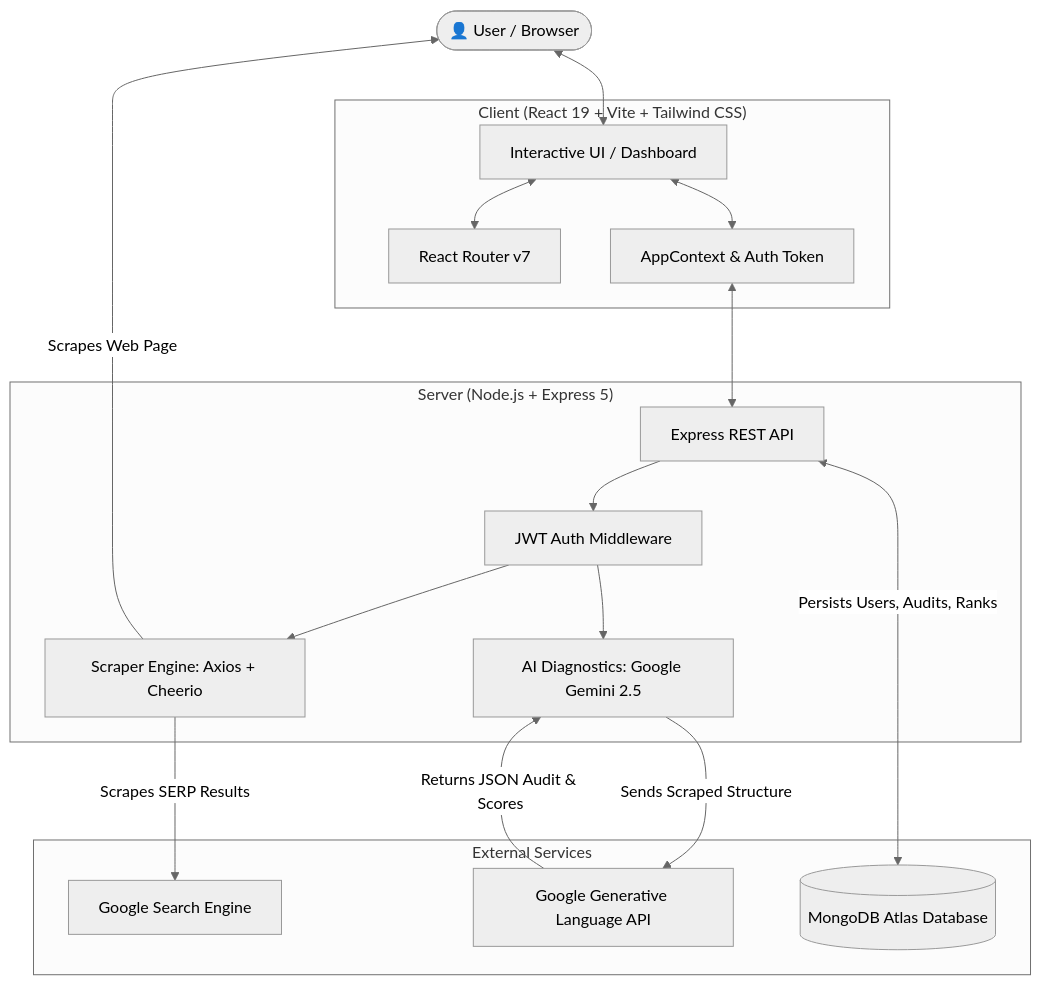
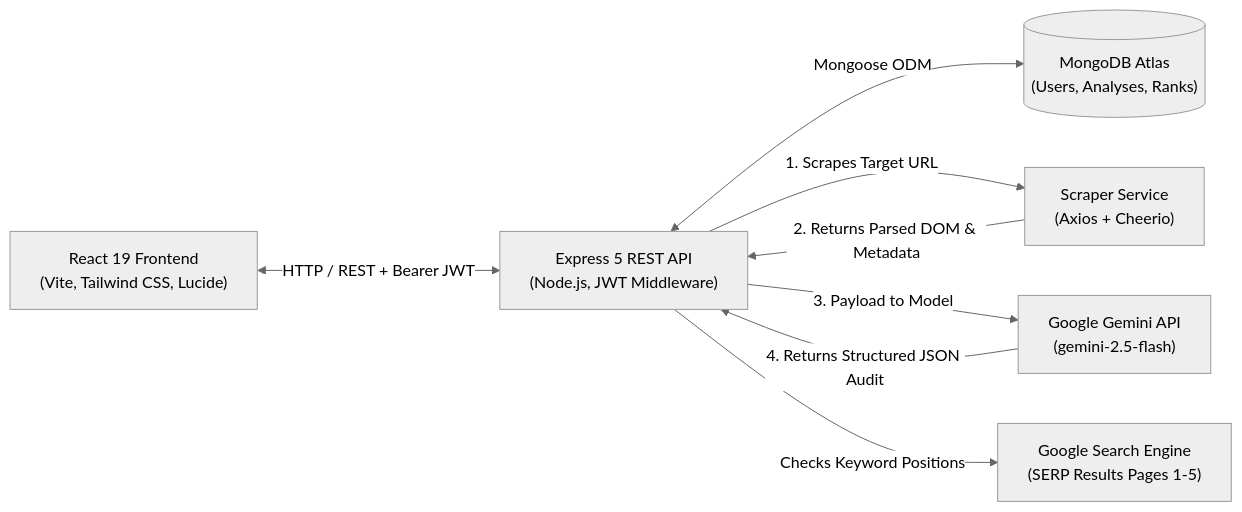
Before and after one commit to Simaaqmoideen/Seo-rank-tracker-rank-pilot-: the first of 4 diagrams in README.md, drawn with Mermaid (neutral theme). The commit also changed other lines of this file and 61 other files, not shown here.

Commit message:
Initial commit: Rank Pilot SEO Analyzer & Google SERP Rank Tracker

````diff
--- a/README.md
+++ b/README.md
@@ -61,39 +49,17 @@
 ```mermaid
-graph TD
-    User([👤 User / Browser])
-    
-    subgraph Frontend ["Client (React 19 + Vite + Tailwind CSS)"]
-        UI[Interactive UI / Dashboard]
-        Router[React Router v7]
-        State[AppContext & Auth Token]
-    end
+graph LR
+    Client["React 19 Frontend<br/>(Vite, Tailwind CSS, Lucide)"]
+    API["Express 5 REST API<br/>(Node.js, JWT Middleware)"]
+    Scraper["Scraper Service<br/>(Axios + Cheerio)"]
+    Gemini["Google Gemini API<br/>(gemini-2.5-flash)"]
+    SERP["Google Search Engine<br/>(SERP Results Pages 1-5)"]
+    DB[("MongoDB Atlas<br/>(Users, Analyses, Ranks)")]
 
-    subgraph Backend ["Server (Node.js + Express 5)"]
-        API[Express REST API]
-        AuthMid[JWT Auth Middleware]
-        Scraper[Scraper Engine: Axios + Cheerio]
-        AIService[AI Diagnostics: Google Gemini 2.5]
-    end
-
-    subgraph External ["External Services"]
-        GoogleSERP[Google Search Engine]
-        GeminiAPI[Google Generative Language API]
-        MongoDB[(MongoDB Atlas Database)]
-    end
-
-    User <--> UI
-    UI <--> Router
-    UI <--> State
-    State <--> API
-
-    API --> AuthMid
-    AuthMid --> Scraper
-    AuthMid --> AIService
-
-    Scraper -->|Scrapes Web Page| User
-    Scraper -->|Scrapes SERP Results| GoogleSERP
-    AIService -->|Sends Scraped Structure| GeminiAPI
-    GeminiAPI -->|Returns JSON Audit & Scores| AIService
-
-    API <-->|Persists Users, Audits, Ranks| MongoDB
+    Client <-->|HTTP / REST + Bearer JWT| API
+    API <-->|Mongoose ODM| DB
+    API -->|1. Scrapes Target URL| Scraper
+    Scraper -->|2. Returns Parsed DOM & Metadata| API
+    API -->|3. Payload to Model| Gemini
+    Gemini -->|4. Returns Structured JSON Audit| API
+    API -->|Checks Keyword Positions| SERP
 ```
````
